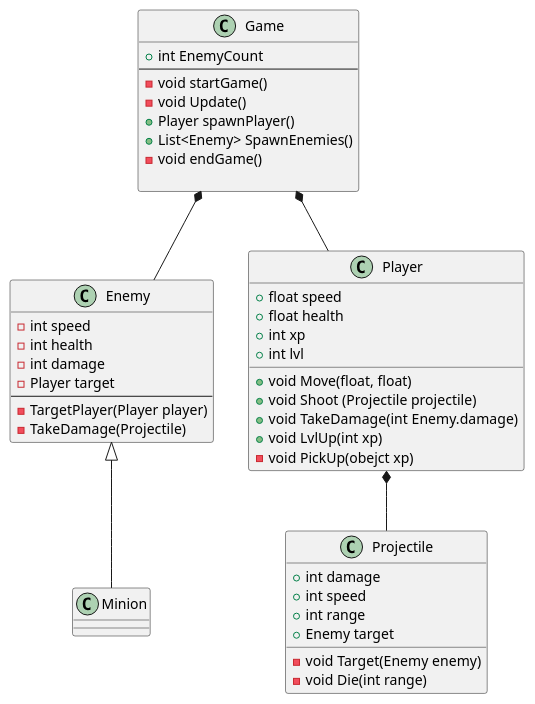
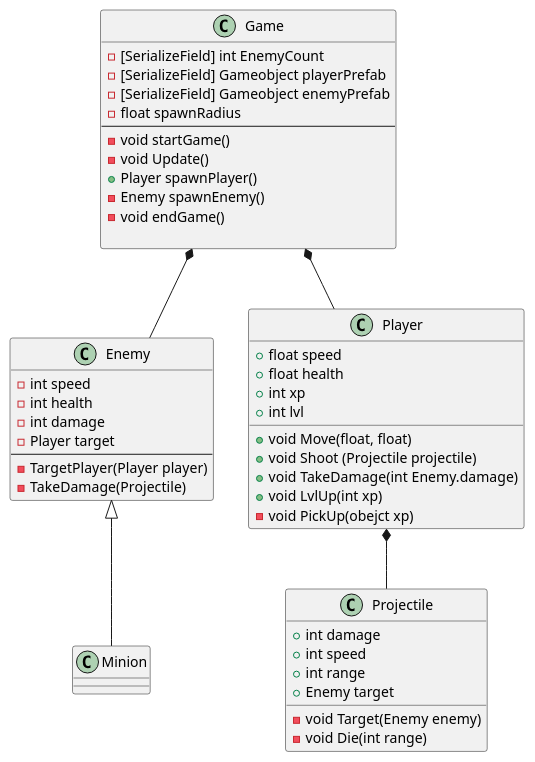
The diagram in ClassDiagram.puml (Hauvgaard2005/EksamensProjekt), drawn with PlantUML before and after one commit. The commit also changed 6 other files, not shown here.

```diff
--- a/ClassDiagram.puml
+++ b/ClassDiagram.puml
@@ -1,59 +1,62 @@
 
 class Player{
 
     + float speed
     + float health
     + int xp
     + int lvl
 
     + void Move(float, float)
     + void Shoot (Projectile projectile)
     + void TakeDamage(int Enemy.damage)
     + void LvlUp(int xp)
     - void PickUp(obejct xp)
 
 }
 
 class Enemy{
     - int speed
     - int health
     - int damage
     - Player target
     --
     - TargetPlayer(Player player)
     - TakeDamage(Projectile)
 }
 
 class Minion{
 
 }
 
 
 class Game{
-    + int EnemyCount
+    - [SerializeField] int EnemyCount
+    - [SerializeField] Gameobject playerPrefab
+    - [SerializeField] Gameobject enemyPrefab
+    - float spawnRadius
     --
     - void startGame()
     - void Update()
     + Player spawnPlayer()
-    + List<Enemy> SpawnEnemies()
+    - Enemy spawnEnemy()
     - void endGame()
 
 }
 
 class Projectile{
 
     + int damage
     + int speed
     + int range
     + Enemy target
     
     - void Target(Enemy enemy)
     - void Die(int range)
 
 
 }
 
 Game*--Player
 Player*--Projectile
 Game*--Enemy
 Minion-up-|>Enemy
```
